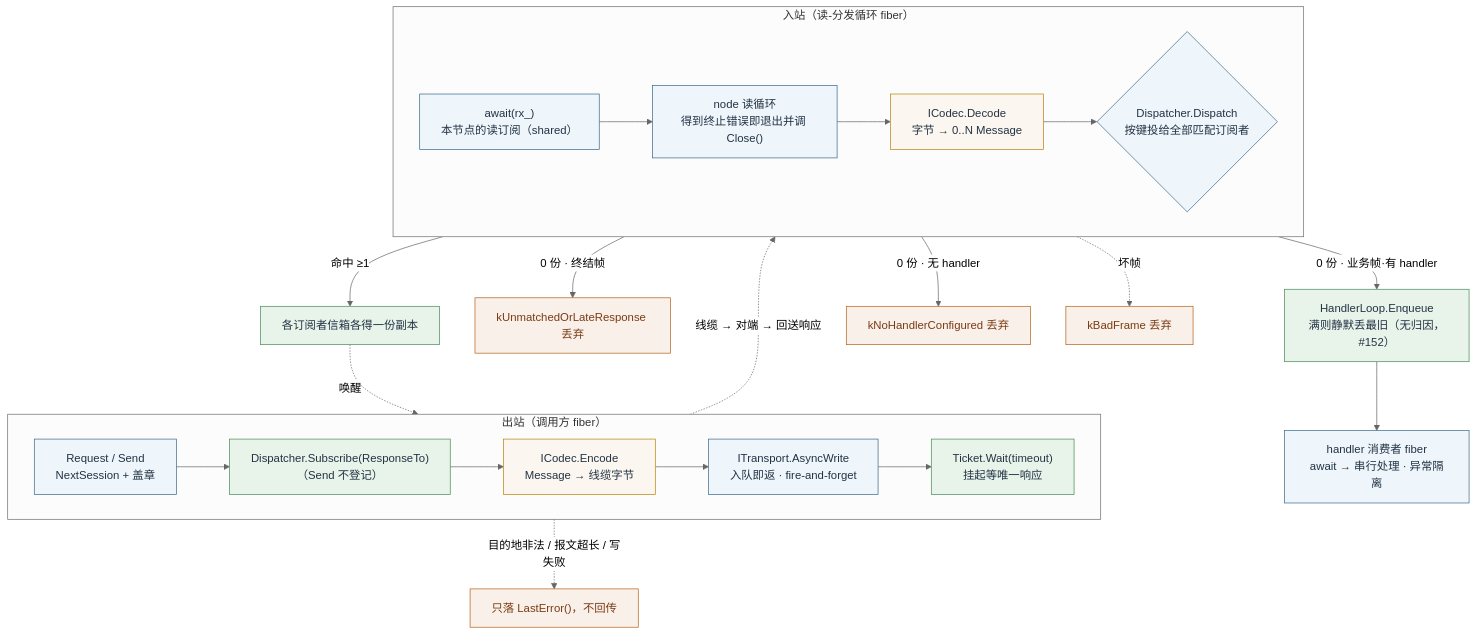
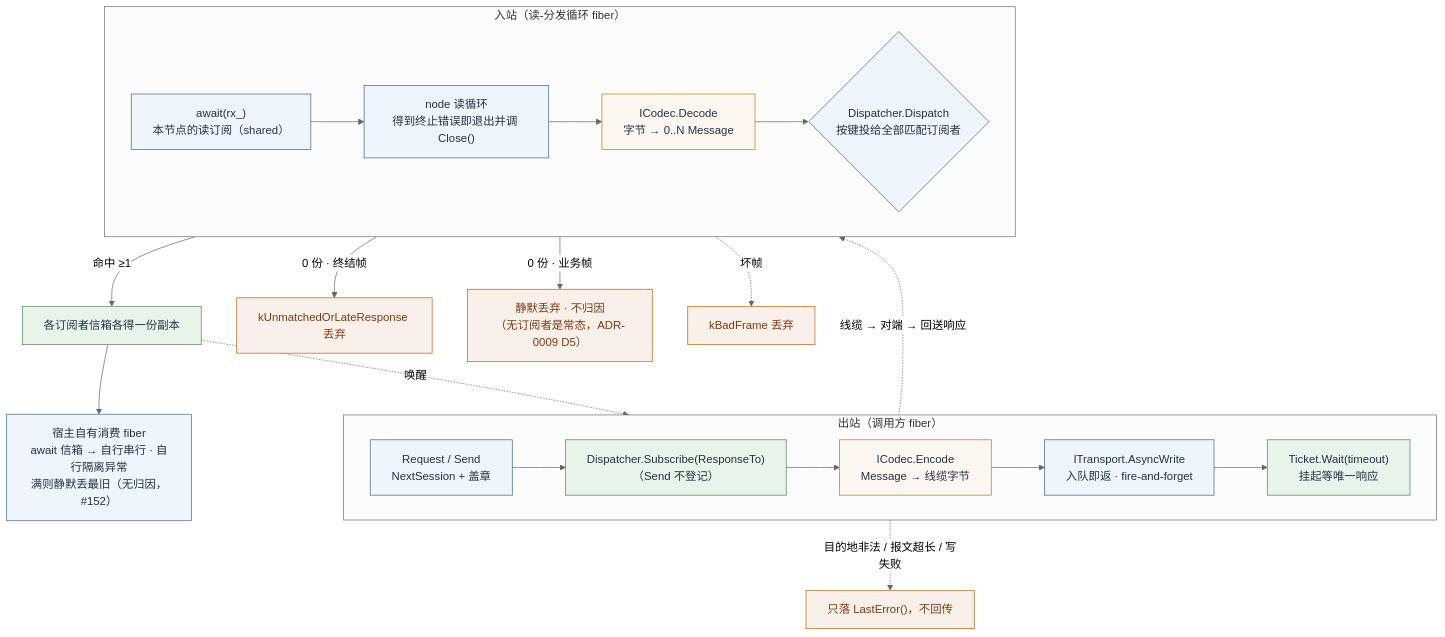
Before and after one commit to Ste7an-cs/Transport: the diagram in docs/diagrams/dataflow.mmd, drawn with Mermaid (neutral theme). The commit also changed 20 other files, not shown here.

First line of the commit message:
docs(sdd): 同步 handler 通道废止(ADR-0009),十张图重绘并重渲染

```diff
--- a/docs/diagrams/dataflow.mmd
+++ b/docs/diagrams/dataflow.mmd
@@ -1,40 +1,39 @@
 flowchart TB
     subgraph OUT["出站（调用方 fiber）"]
         direction LR
         RQ["Request / Send<br/>NextSession + 盖章"]
         SUB["Dispatcher.Subscribe(ResponseTo)<br/>（Send 不登记）"]
         ENC["ICodec.Encode<br/>Message → 线缆字节"]
         WR["ITransport.AsyncWrite<br/>入队即返 · fire-and-forget"]
         WT["Ticket.Wait(timeout)<br/>挂起等唯一响应"]
         RQ --> SUB --> ENC --> WR --> WT
     end
 
     WR -. 线缆 → 对端 → 回送响应 .-> RD
 
     subgraph IN["入站（读-分发循环 fiber）"]
         direction LR
         RD["await(rx_)<br/>本节点的读订阅（shared）"]
         SK["node 读循环<br/>得到终止错误即退出并调 Close()"]
         DEC["ICodec.Decode<br/>字节 → 0..N Message"]
         DSP{"Dispatcher.Dispatch<br/>按键投给全部匹配订阅者"}
         RD --> SK --> DEC --> DSP
     end
 
     DSP -->|命中 ≥1| RES["各订阅者信箱各得一份副本"]
     DSP -->|0 份 · 终结帧| UM["kUnmatchedOrLateResponse 丢弃"]
-    DSP -->|0 份 · 业务帧·有 handler| BQ["HandlerLoop.Enqueue<br/>满则静默丢最旧（无归因，#152）"]
-    DSP -->|0 份 · 无 handler| NH["kNoHandlerConfigured 丢弃"]
-    BQ --> HD["handler 消费者 fiber<br/>await → 串行处理 · 异常隔离"]
+    DSP -->|0 份 · 业务帧| NH["静默丢弃 · 不归因<br/>（无订阅者是常态，ADR-0009 D5）"]
+    RES --> HD["宿主自有消费 fiber<br/>await 信箱 → 自行串行 · 自行隔离异常<br/>满则静默丢最旧（无归因，#152）"]
     RES -. 唤醒 .-> WT
 
     DEC -.->|坏帧| BF["kBadFrame 丢弃"]
     WR -.->|目的地非法 / 报文超长 / 写失败| LE["只落 LastError()，不回传"]
 
     classDef greenC fill:#e8f3ea,stroke:#4a8c5a,color:#234;
     classDef goldC fill:#fbf6ef,stroke:#b8860b,color:#234;
     classDef blueC fill:#eef5fb,stroke:#3d6a8c,color:#234;
     classDef dropC fill:#faf0ea,stroke:#b5651d,color:#7a3b12;
     class SUB,WT,RES,BQ greenC;
     class ENC,DEC goldC;
     class RQ,WR,RD,SK,DSP,HD blueC;
     class NH,BF,UM,LE dropC;
```
